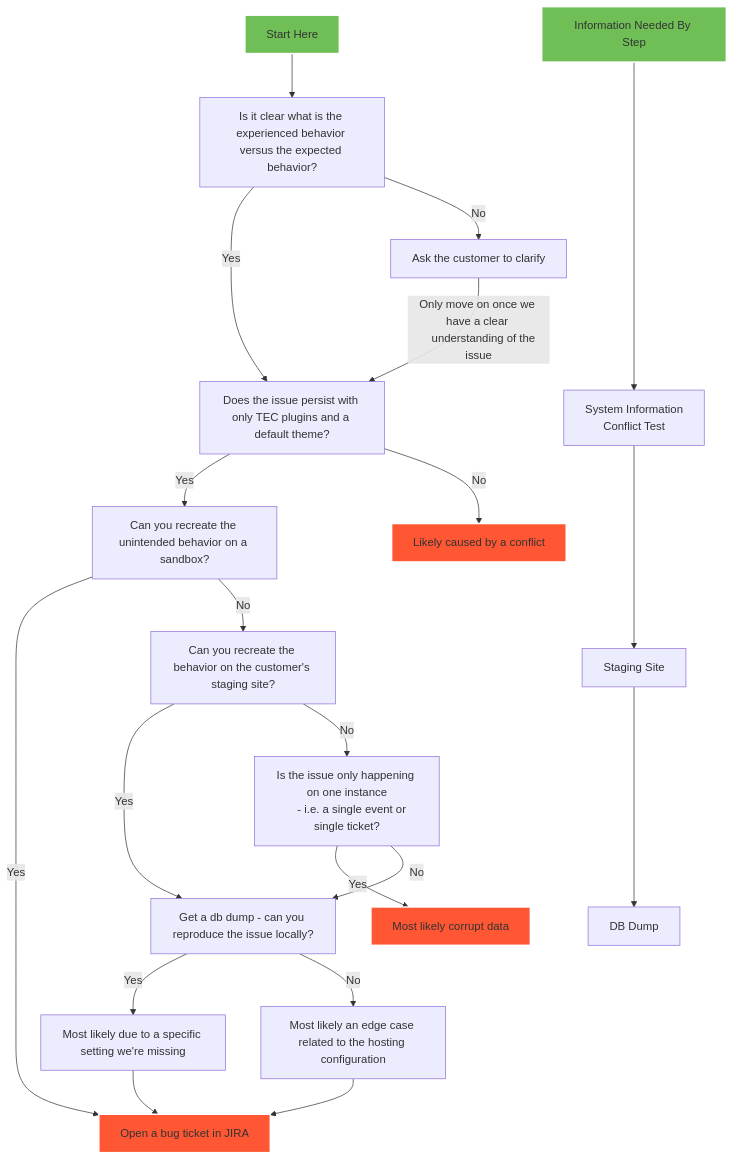
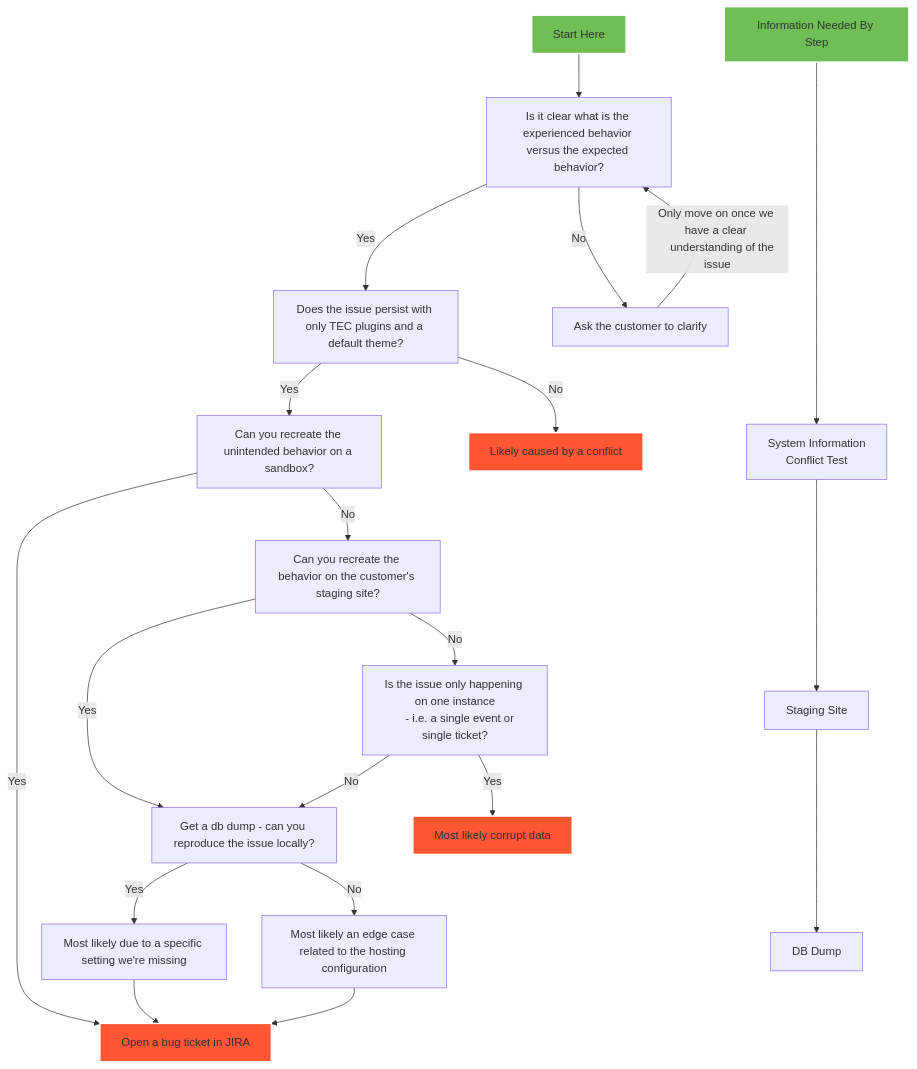
One commit to sdokus/dev-day-notes changed the diagram in concepts/support-flowchart.md. Above: the diagram before and after it, drawn with Mermaid. The commit also changed 2 other files, not shown here.

Commit message:
Added March 08 Notes

````diff
--- a/concepts/support-flowchart.md
+++ b/concepts/support-flowchart.md
@@ -3,56 +3,57 @@
 ```mermaid
 graph TD
     A[Start Here]
     A --> B
     B[Is it clear what is the experienced behavior versus the expected behavior?]
     B -->|Yes| C
     B -->|No| D
     C[Does the issue persist with only TEC plugins and a default theme?]
     D[Ask the customer to clarify]
     D -->|Only move on once we have a clear 
-    understanding of the issue|C
+    understanding of the issue|B
     C -->|Yes|E
     C -->|No|F
     E[Can you recreate the unintended behavior on a sandbox?]
     F[Likely caused by a conflict]
     E --> |Yes| G
     E --> |No| H
     G[Open a bug ticket in JIRA]
     H[Can you recreate the behavior on the customer's staging site?]
     H -->|Yes| I
     H -->|No| J
     I[Get a db dump - can you reproduce the issue locally?]
     I -->|Yes| N
     I -->|No| M
     M[Most likely an edge case related to the hosting configuration]
     N[Most likely due to a specific setting we're missing]
     M --> G
     N --> G
     J[Is the issue only happening on one instance
     - i.e. a single event or single ticket?]
+    J --> |No| I
     J --> |Yes| K
-    J --> |No| I
+    
     K[Most likely corrupt data]
     
 style A fill:#6FBF56,stroke:#ffffff,stroke-width:2px;
 style F fill:#FF5733,stroke:#ffffff,stroke-width:2px;
 style K fill:#FF5733,stroke:#ffffff,stroke-width:2px;
 style G fill:#FF5733,stroke:#ffffff,stroke-width:2px;
 
 %% Second Graph - Information Gathering
     A2[Information Needed By Step]
     A2 ----> B2
     B2[
         System Information
         Conflict Test
     ]
     click B2 href "#system-info"
     B2 ---> C2
     C2[Staging Site]
     click C2 href "#staging-site"
     C2 ---> D2
     D2[DB Dump]
     click D2 href "#db-dump"
 
 style A2 fill:#6FBF56,stroke:#ffffff,stroke-width:2px;
 ```
````
